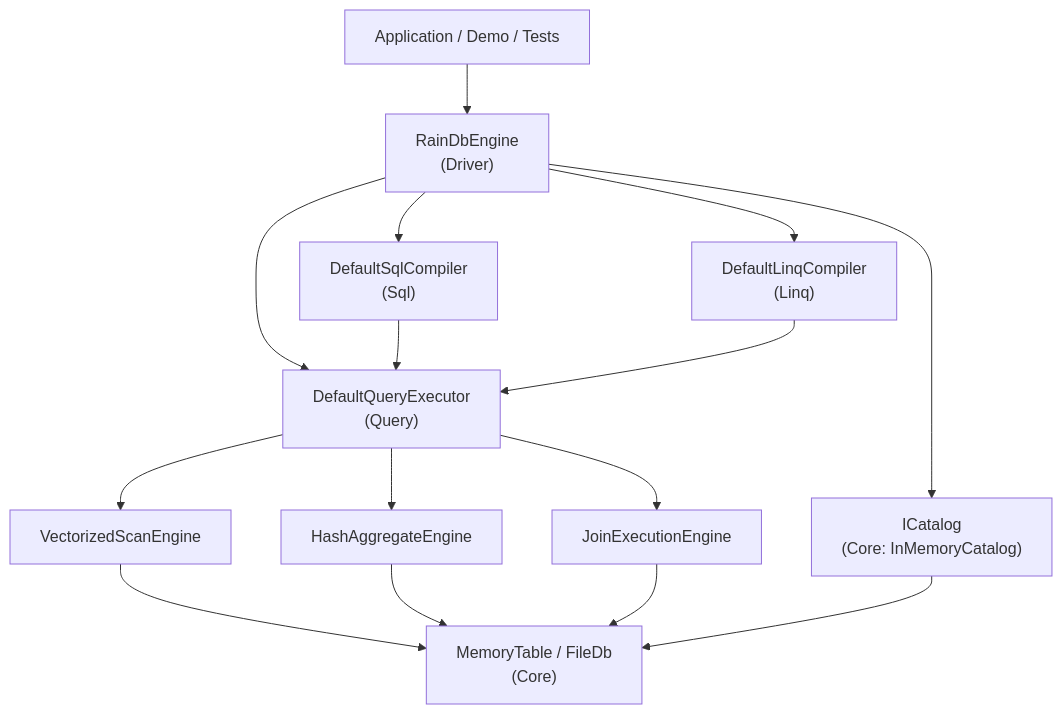
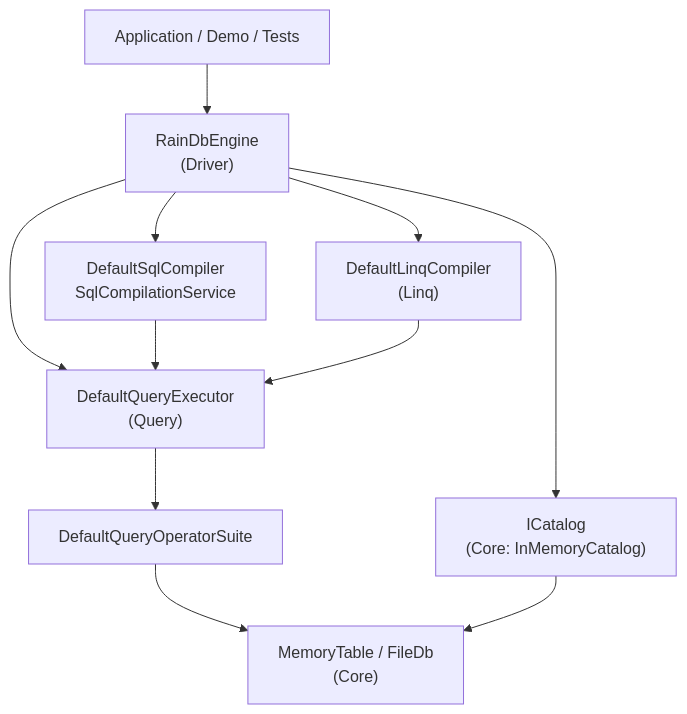
Before and after one commit to hoihky/raindb-internals: the fourth of 4 diagrams in content/02-architecture-and-modules.md, drawn with Mermaid. The commit also changed other lines of this file and 33 other files, not shown here.

````diff
--- a/content/02-architecture-and-modules.md
+++ b/content/02-architecture-and-modules.md
@@ -1209,28 +1220,22 @@
 ```mermaid
 flowchart TB
     App["Application / Demo / Tests"]
     Engine["RainDbEngine<br/>(Driver)"]
-    SQL["DefaultSqlCompiler<br/>(Sql)"]
+    SQL["DefaultSqlCompiler<br/>SqlCompilationService"]
     LINQ["DefaultLinqCompiler<br/>(Linq)"]
     Exec["DefaultQueryExecutor<br/>(Query)"]
+    Suite["DefaultQueryOperatorSuite"]
     Cat["ICatalog<br/>(Core: InMemoryCatalog)"]
     Tables["MemoryTable / FileDb<br/>(Core)"]
-    Scan["VectorizedScanEngine"]
-    Agg["HashAggregateEngine"]
-    Join["JoinExecutionEngine"]
 
     App --> Engine
     Engine --> SQL
     Engine --> LINQ
     Engine --> Exec
     Engine --> Cat
     SQL --> Exec
     LINQ --> Exec
-    Exec --> Scan
-    Exec --> Agg
-    Exec --> Join
-    Scan --> Tables
-    Agg --> Tables
-    Join --> Tables
+    Exec --> Suite
+    Suite --> Tables
     Cat --> Tables
 ```
````
